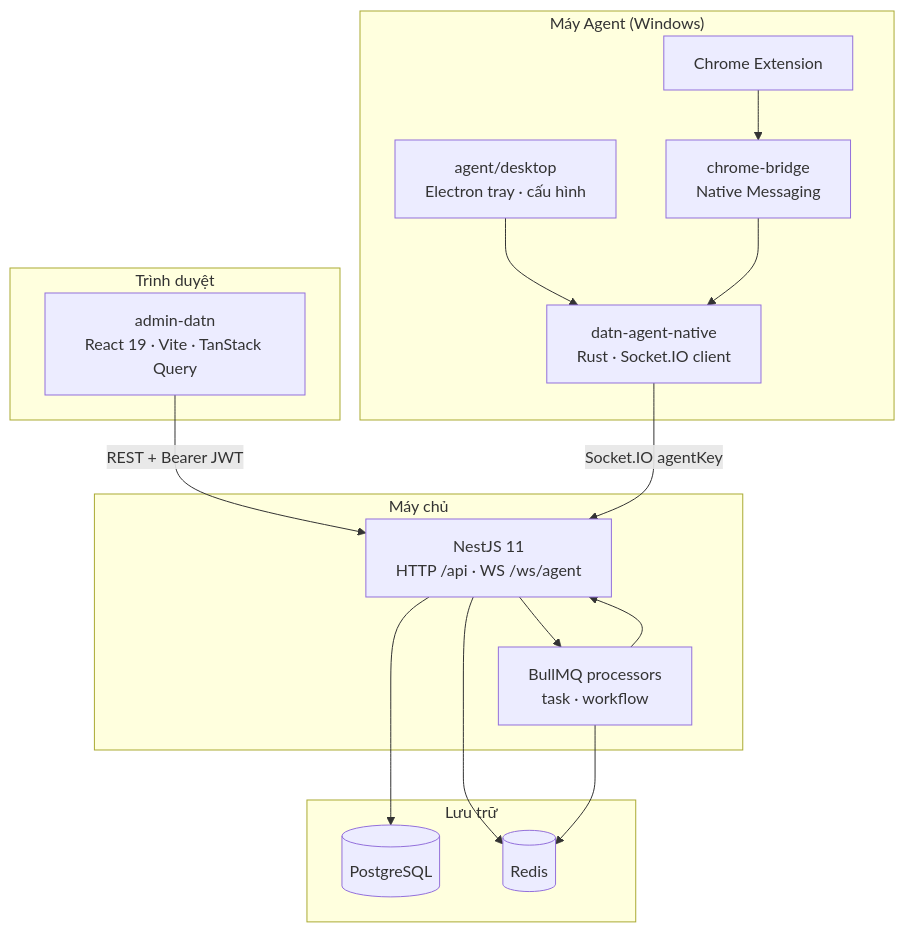
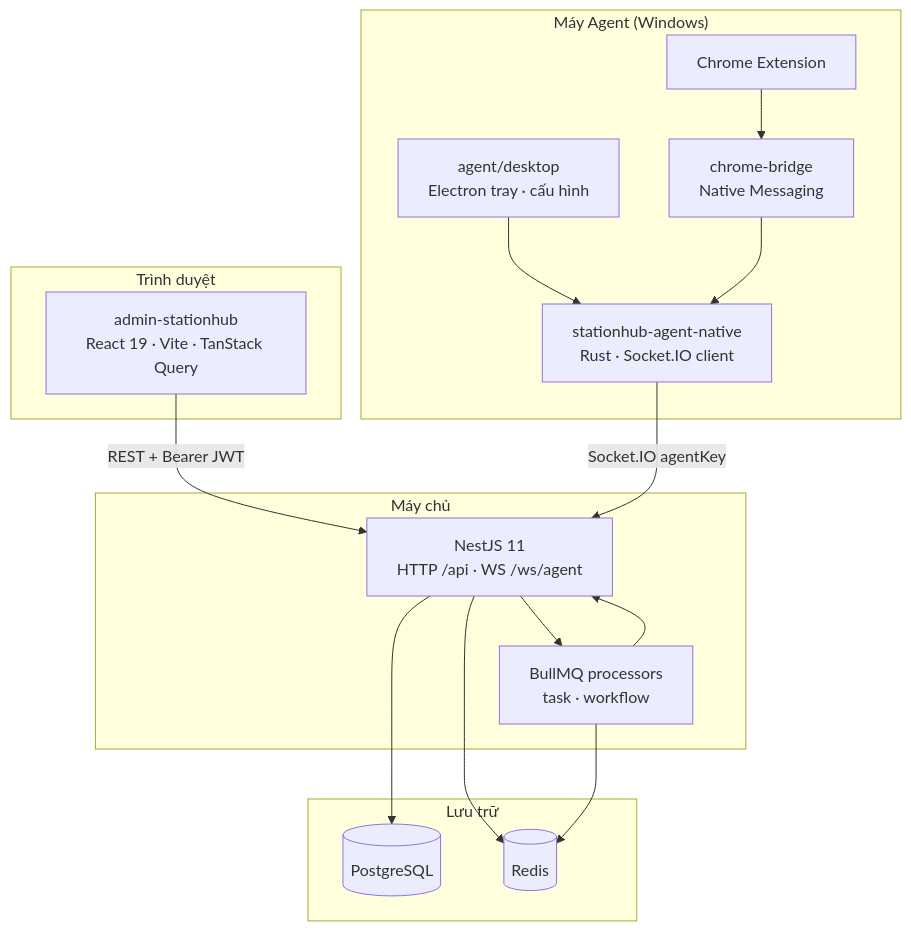
Before and after one commit to Daviseraaa/tdoan_remote_datn: the second of 9 diagrams in docs/project-memory/architecture.md, drawn with Mermaid. The commit also changed other lines of this file and 376 other files, not shown here.

````diff
--- a/docs/project-memory/architecture.md
+++ b/docs/project-memory/architecture.md
@@ -31,34 +31,34 @@
 ```mermaid
 flowchart TB
   subgraph Browser["Trình duyệt"]
-    ADMIN_SPA["admin-datn<br/>React 19 · Vite · TanStack Query"]
+    ADMIN_SPA["admin-stationhub<br/>React 19 · Vite · TanStack Query"]
   end
 
   subgraph AgentHost["Máy Agent (Windows)"]
     ELECTRON["agent/desktop<br/>Electron tray · cấu hình"]
-    NATIVE["datn-agent-native<br/>Rust · Socket.IO client"]
+    NATIVE["stationhub-agent-native<br/>Rust · Socket.IO client"]
     CHROME_EXT["Chrome Extension"]
     CHROME_BRIDGE["chrome-bridge<br/>Native Messaging"]
     ELECTRON --> NATIVE
     CHROME_EXT --> CHROME_BRIDGE
     CHROME_BRIDGE --> NATIVE
   end
 
   subgraph ServerHost["Máy chủ"]
     NEST["NestJS 11<br/>HTTP /api · WS /ws/agent"]
     BULL["BullMQ processors<br/>task · workflow"]
     NEST --> BULL
   end
 
   subgraph Stores["Lưu trữ"]
     PG[(PostgreSQL)]
     RD[(Redis)]
   end
 
   ADMIN_SPA -->|"REST + Bearer JWT"| NEST
   NATIVE -->|"Socket.IO agentKey"| NEST
   NEST --> PG
   NEST --> RD
   BULL --> RD
   BULL --> NEST
 ```
````
